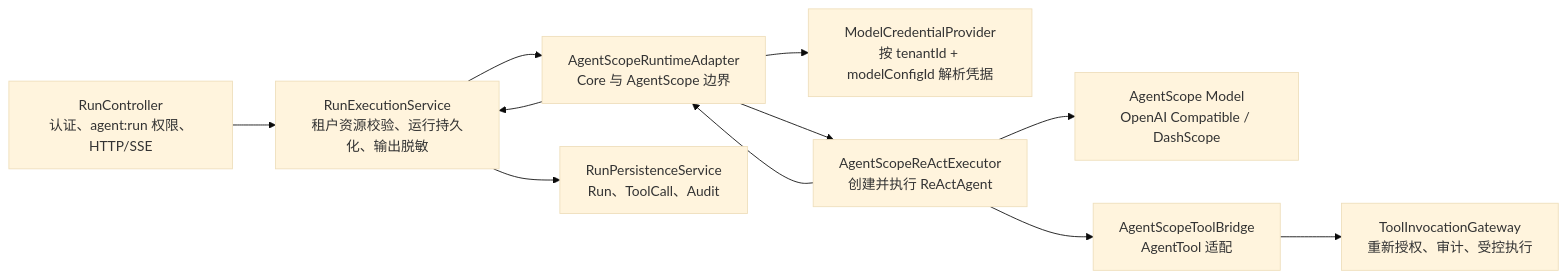
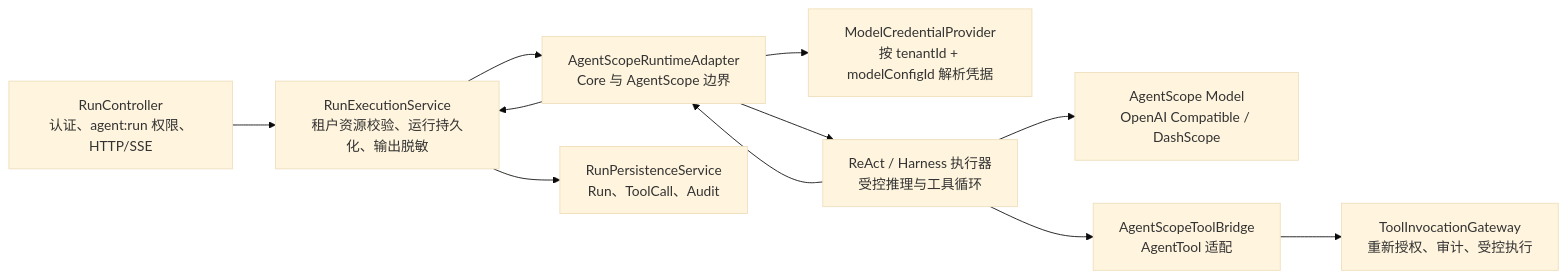
One commit to cmming/cm-agent changed the first of 2 diagrams in cm-agent-agentscope-adapter/README.md. Above: the diagram before and after it, drawn with Mermaid (base theme). The commit also changed other lines of this file and 141 other files, not shown here.

````diff
--- a/cm-agent-agentscope-adapter/README.md
+++ b/cm-agent-agentscope-adapter/README.md
@@ -21,23 +21,23 @@
 ```mermaid
 flowchart LR
     Controller["RunController<br/>认证、agent:run 权限、HTTP/SSE"]
     Service["RunExecutionService<br/>租户资源校验、运行持久化、输出脱敏"]
     Runtime["AgentScopeRuntimeAdapter<br/>Core 与 AgentScope 边界"]
     Credential["ModelCredentialProvider<br/>按 tenantId + modelConfigId 解析凭据"]
-    Executor["AgentScopeReActExecutor<br/>创建并执行 ReActAgent"]
+    Executor["ReAct / Harness 执行器<br/>受控推理与工具循环"]
     Model["AgentScope Model<br/>OpenAI Compatible / DashScope"]
     Bridge["AgentScopeToolBridge<br/>AgentTool 适配"]
     Gateway["ToolInvocationGateway<br/>重新授权、审计、受控执行"]
     Persistence["RunPersistenceService<br/>Run、ToolCall、Audit"]
 
     Controller --> Service
     Service --> Runtime
     Service --> Persistence
     Runtime --> Credential
     Runtime --> Executor
     Executor --> Model
     Executor --> Bridge
     Bridge --> Gateway
     Executor --> Runtime
     Runtime --> Service
 ```
````
